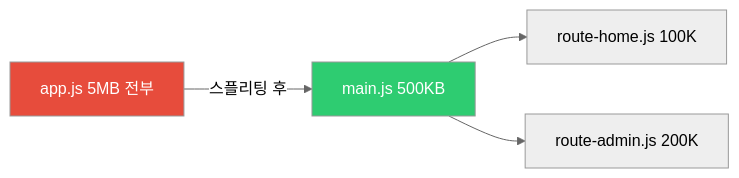
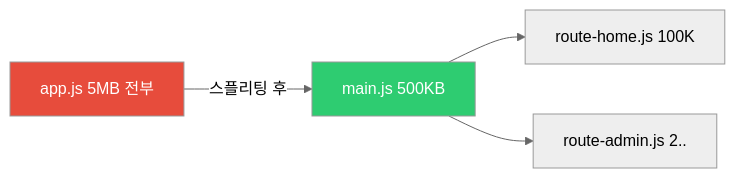
Before and after one commit to yjkim2015/yjkim2015.github.io: the third of 5 diagrams in _posts/frontend/2026-05-02-react-performance.md, drawn with Mermaid (neutral theme). The commit also changed other lines of this file and 149 other files, not shown here.

First line of the commit message:
Mermaid 가독성 개선: 라벨 축약, 노드 축소, TD→LR 변환

````diff
--- a/_posts/frontend/2026-05-02-react-performance.md
+++ b/_posts/frontend/2026-05-02-react-performance.md
@@ -146,11 +146,11 @@
 ```mermaid
 graph LR
     BUNDLE["app.js 5MB 전부"]
     MAIN["main.js 500KB"]
     ROUTE1["route-home.js 100K"]
-    ROUTE2["route-admin.js 200K"]
+    ROUTE2["route-admin.js 2.."]
     BUNDLE -->|"스플리팅 후"| MAIN
     MAIN --> ROUTE1 & ROUTE2
     style BUNDLE fill:#e74c3c,color:#fff
     style MAIN fill:#2ecc71,color:#fff
 ```
````
